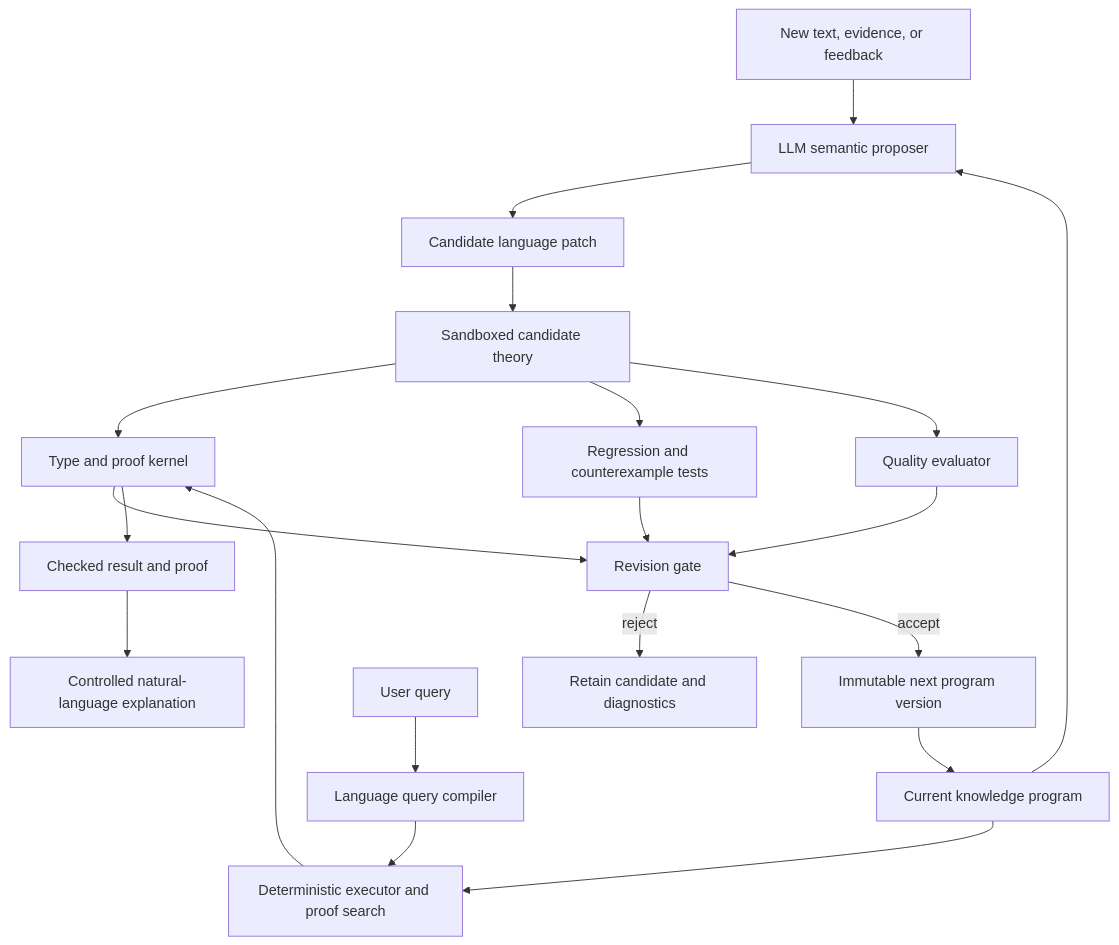
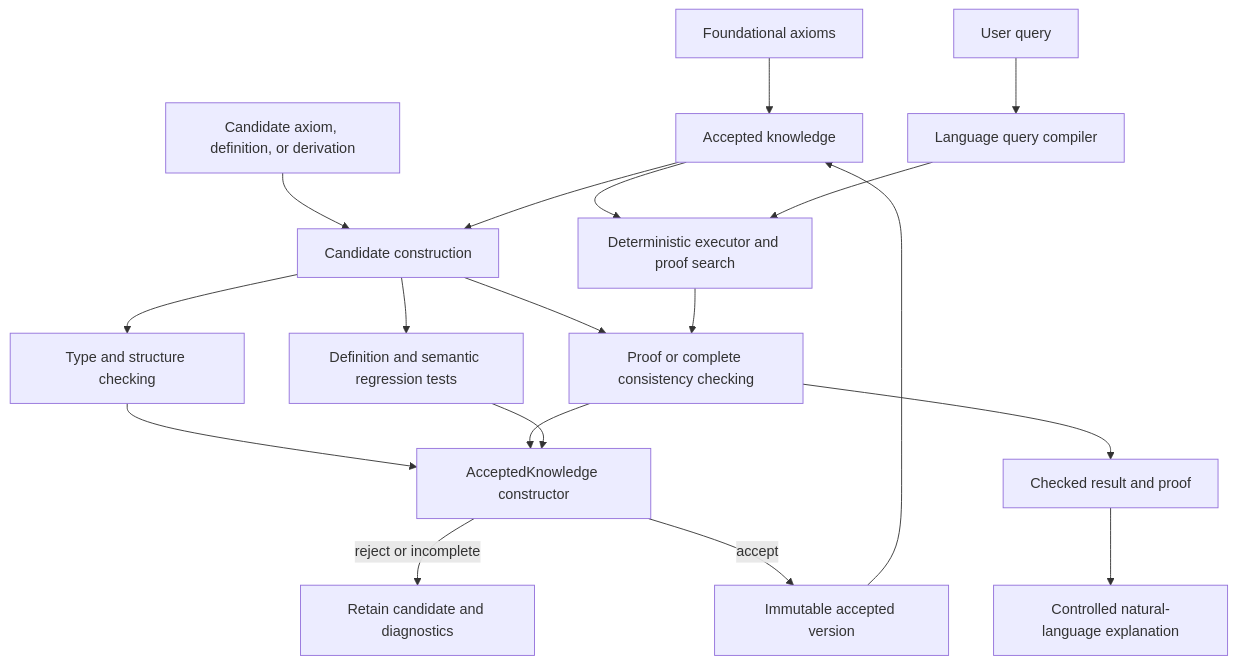
The diagram in CONTEXT.md (AlextheYounga/knowframework), drawn with Mermaid before and after one commit. The commit also changed other lines of this file and 3 other files, not shown here.

````diff
--- a/CONTEXT.md
+++ b/CONTEXT.md
@@ -1095,23 +1237,22 @@
 ```mermaid
 flowchart TD
-    D[New text, evidence, or feedback] --> M[LLM semantic proposer]
-    K[Current knowledge program] --> M
-    M --> P[Candidate language patch]
-    P --> S[Sandboxed candidate theory]
-    S --> V[Type and proof kernel]
-    S --> R[Regression and counterexample tests]
-    S --> Q[Quality evaluator]
-    V --> G[Revision gate]
+    F[Foundational axioms] --> K[Accepted knowledge]
+    P[Candidate axiom, definition, or derivation] --> S[Candidate construction]
+    K --> S
+    S --> T[Type and structure checking]
+    S --> V[Proof or complete consistency checking]
+    S --> R[Definition and semantic regression tests]
+    T --> G[AcceptedKnowledge constructor]
+    V --> G
     R --> G
-    Q --> G
-    G -->|reject| X[Retain candidate and diagnostics]
-    G -->|accept| N[Immutable next program version]
+    G -->|reject or incomplete| X[Retain candidate and diagnostics]
+    G -->|accept| N[Immutable accepted version]
     N --> K
 
     U[User query] --> C[Language query compiler]
     K --> E[Deterministic executor and proof search]
     C --> E
     E --> V
     V --> O[Checked result and proof]
     O --> L[Controlled natural-language explanation]
 ```
````
